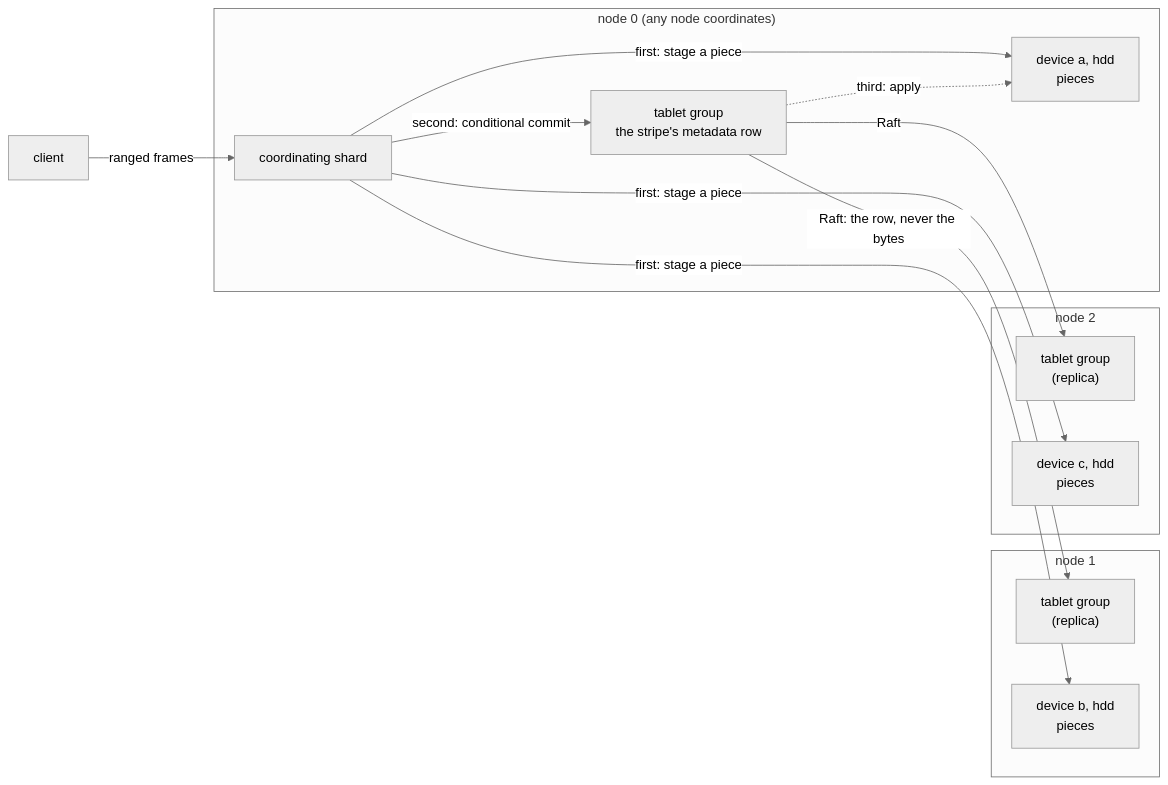
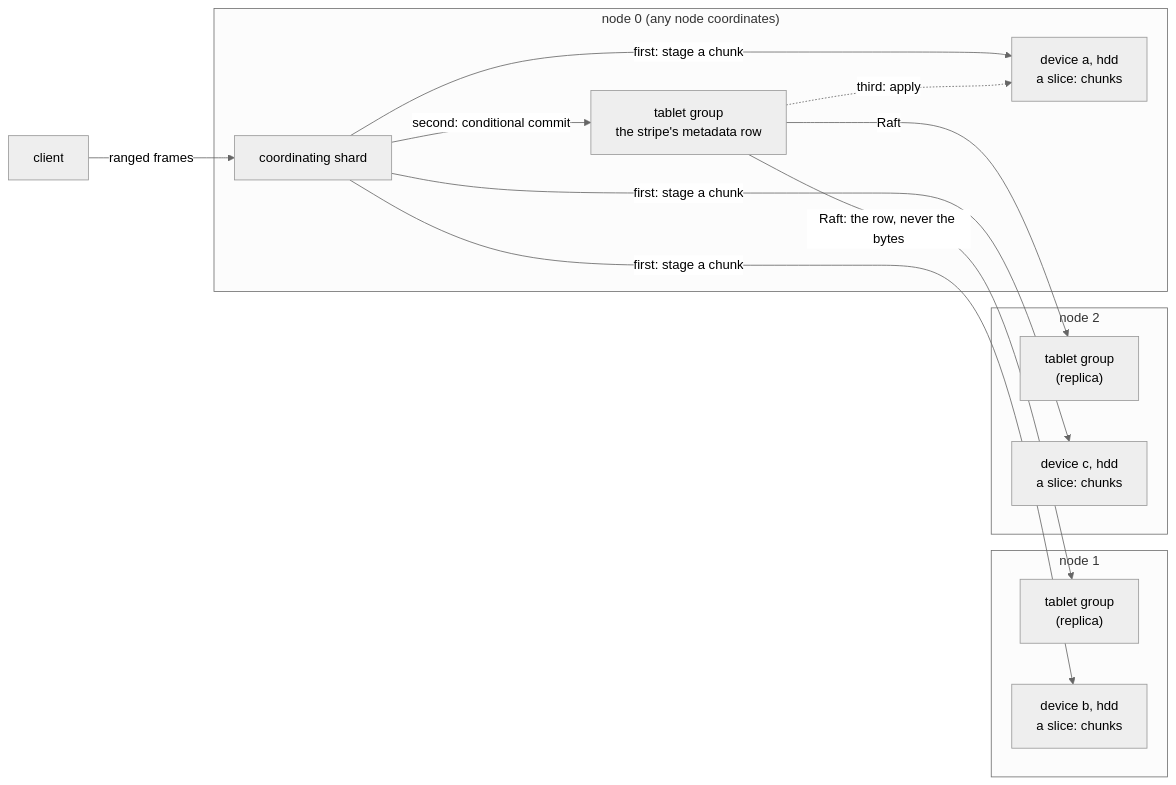
One commit to mjcarson/shoal changed the diagram in docs/src/object-storage/overview.md. Above: the diagram before and after it, drawn with Mermaid (neutral theme). The commit also changed other lines of this file and 78 other files, not shown here.

````diff
--- a/docs/src/object-storage/overview.md
+++ b/docs/src/object-storage/overview.md
@@ -16,25 +16,25 @@
 ```mermaid
 flowchart LR
     client[client]
     subgraph n0["node 0 (any node coordinates)"]
         co["coordinating shard"]
         g0["tablet group<br/>the stripe's metadata row"]
-        d0["device a, hdd<br/>pieces"]
+        d0["device a, hdd<br/>a slice: chunks"]
     end
     subgraph n1["node 1"]
         g1["tablet group<br/>(replica)"]
-        d1["device b, hdd<br/>pieces"]
+        d1["device b, hdd<br/>a slice: chunks"]
     end
     subgraph n2["node 2"]
         g2["tablet group<br/>(replica)"]
-        d2["device c, hdd<br/>pieces"]
+        d2["device c, hdd<br/>a slice: chunks"]
     end
     client -- "ranged frames" --> co
-    co -- "first: stage a piece" --> d0
-    co -- "first: stage a piece" --> d1
-    co -- "first: stage a piece" --> d2
+    co -- "first: stage a chunk" --> d0
+    co -- "first: stage a chunk" --> d1
+    co -- "first: stage a chunk" --> d2
     co -- "second: conditional commit" --> g0
     g0 -- "Raft: the row, never the bytes" --> g1
     g0 -- "Raft" --> g2
     g0 -. "third: apply" .-> d0
 ```
````
